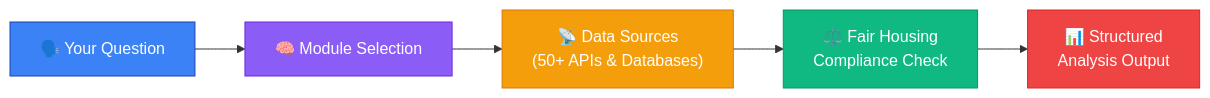
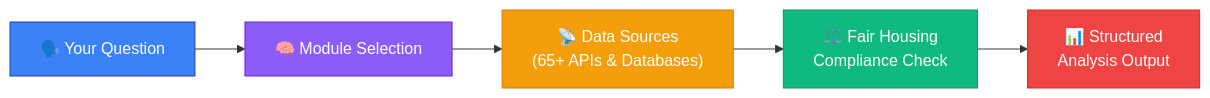
One commit to dougdevitre/access-to-housing changed the first of 10 diagrams in README.md. Above: the diagram before and after it, drawn with Mermaid. The commit also changed other lines of this file, not shown here.

First line of the commit message:
Fix stale data source count in diagram, add community trust to data sources grid

````diff
--- a/README.md
+++ b/README.md
@@ -64,13 +64,13 @@
 ```mermaid
 flowchart LR
     A["🗣️ Your Question"] --> B["🧠 Module Selection"]
-    B --> C["📡 Data Sources\n(50+ APIs & Databases)"]
+    B --> C["📡 Data Sources\n(65+ APIs & Databases)"]
     C --> D["⚖️ Fair Housing\nCompliance Check"]
     D --> E["📊 Structured\nAnalysis Output"]
 
     style A fill:#3b82f6,stroke:#1e40af,color:#fff
     style B fill:#8b5cf6,stroke:#6d28d9,color:#fff
     style C fill:#f59e0b,stroke:#d97706,color:#fff
     style D fill:#10b981,stroke:#059669,color:#fff
     style E fill:#ef4444,stroke:#dc2626,color:#fff
 ```
````
